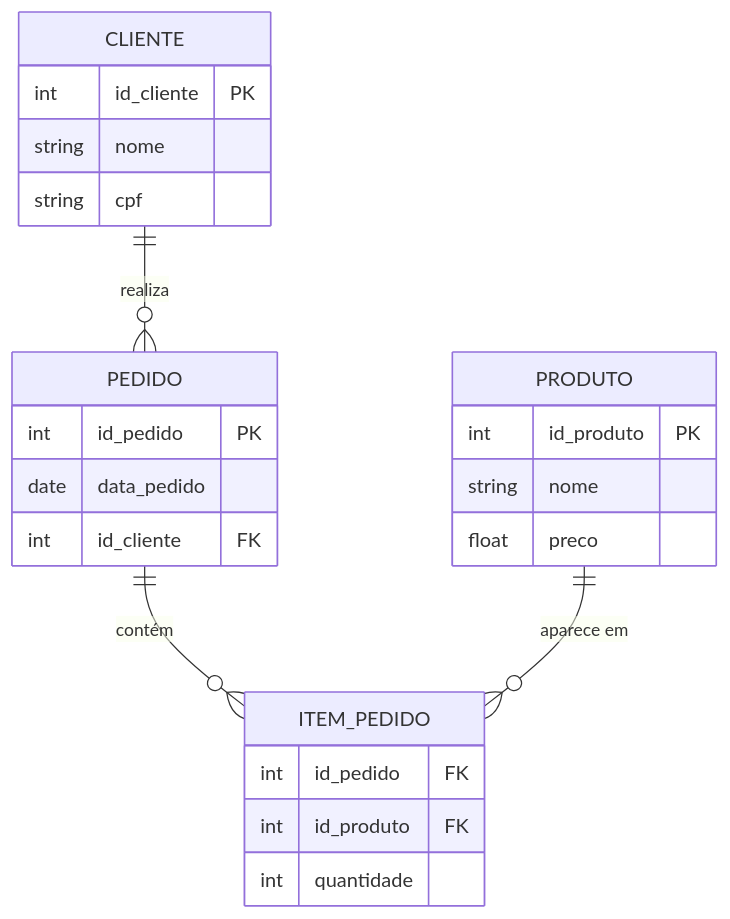
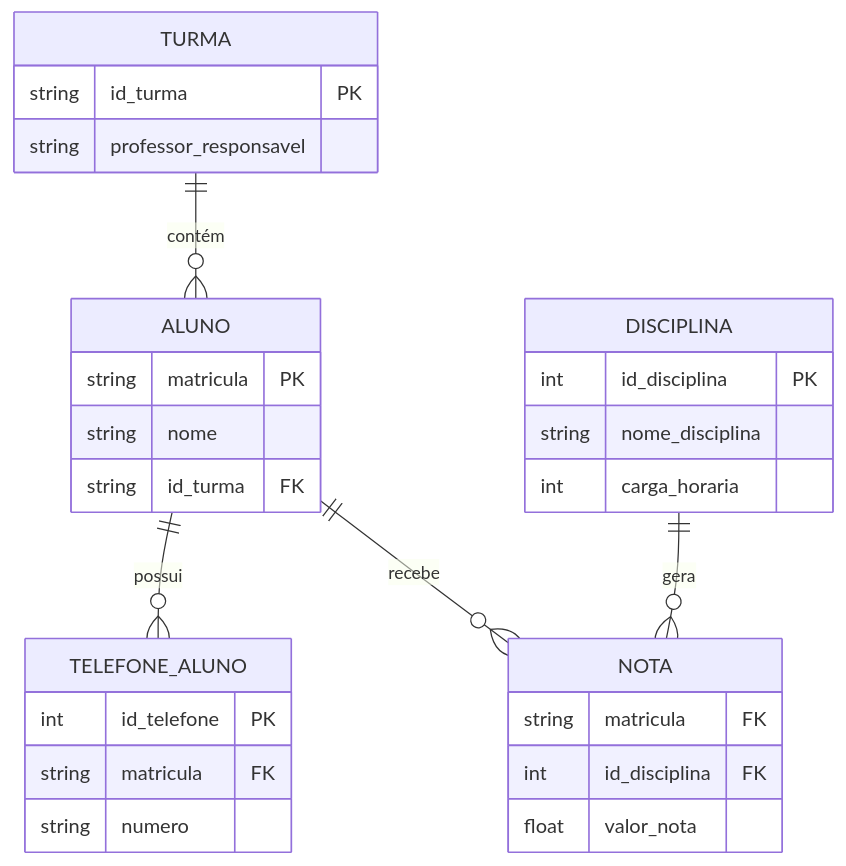
One commit to GTI-Fatec-Jahu/Banco_Dados_Aplicacoes-GTI changed the fifth of 5 diagrams in aulas/Aula_05_Normalizacao.md. Above: the diagram before and after it, drawn with Mermaid. The commit also changed other lines of this file, not shown here.

````diff
--- a/aulas/Aula_05_Normalizacao.md
+++ b/aulas/Aula_05_Normalizacao.md
@@ -145,27 +558,32 @@
 ```mermaid
 erDiagram
-    CLIENTE ||--o{ PEDIDO : "realiza"
-    PEDIDO ||--o{ ITEM_PEDIDO : "contém"
-    PRODUTO ||--o{ ITEM_PEDIDO : "aparece em"
+    ALUNO {
+        string matricula PK
+        string nome
+        string id_turma FK
+    }
+    TURMA {
+        string id_turma PK
+        string professor_responsavel
+    }
+    TELEFONE_ALUNO {
+        int id_telefone PK
+        string matricula FK
+        string numero
+    }
+    NOTA {
+        string matricula FK
+        int id_disciplina FK
+        float valor_nota
+    }
+    DISCIPLINA {
+        int id_disciplina PK
+        string nome_disciplina
+        int carga_horaria
+    }
 
-    CLIENTE {
-        int id_cliente PK
-        string nome
-        string cpf
-    }
-    PEDIDO {
-        int id_pedido PK
-        date data_pedido
-        int id_cliente FK
-    }
-    ITEM_PEDIDO {
-        int id_pedido FK
-        int id_produto FK
-        int quantidade
-    }
-    PRODUTO {
-        int id_produto PK
-        string nome
-        float preco
-    }
+    ALUNO ||--o{ TELEFONE_ALUNO : "possui"
+    ALUNO ||--o{ NOTA : "recebe"
+    DISCIPLINA ||--o{ NOTA : "gera"
+    TURMA ||--o{ ALUNO : "contém"
 ```
````
